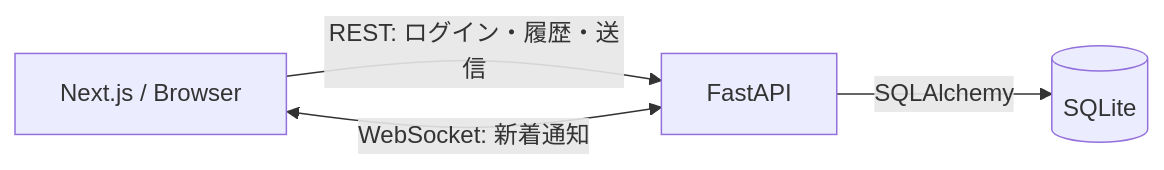
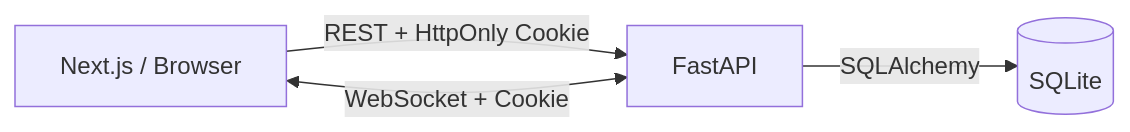
Before and after one commit to reyquza/2WINS_skill_test: the first of 3 diagrams in README.md, drawn with Mermaid. The commit also changed other lines of this file and 56 other files, not shown here.

````diff
--- a/README.md
+++ b/README.md
@@ -115,10 +115,10 @@
 ```mermaid
 flowchart LR
     Browser[Next.js / Browser]
     API[FastAPI]
     DB[(SQLite)]
 
-    Browser -->|REST: ログイン・履歴・送信| API
-    Browser <-->|WebSocket: 新着通知| API
+    Browser -->|REST + HttpOnly Cookie| API
+    Browser <-->|WebSocket + Cookie| API
     API -->|SQLAlchemy| DB
 ```
````
